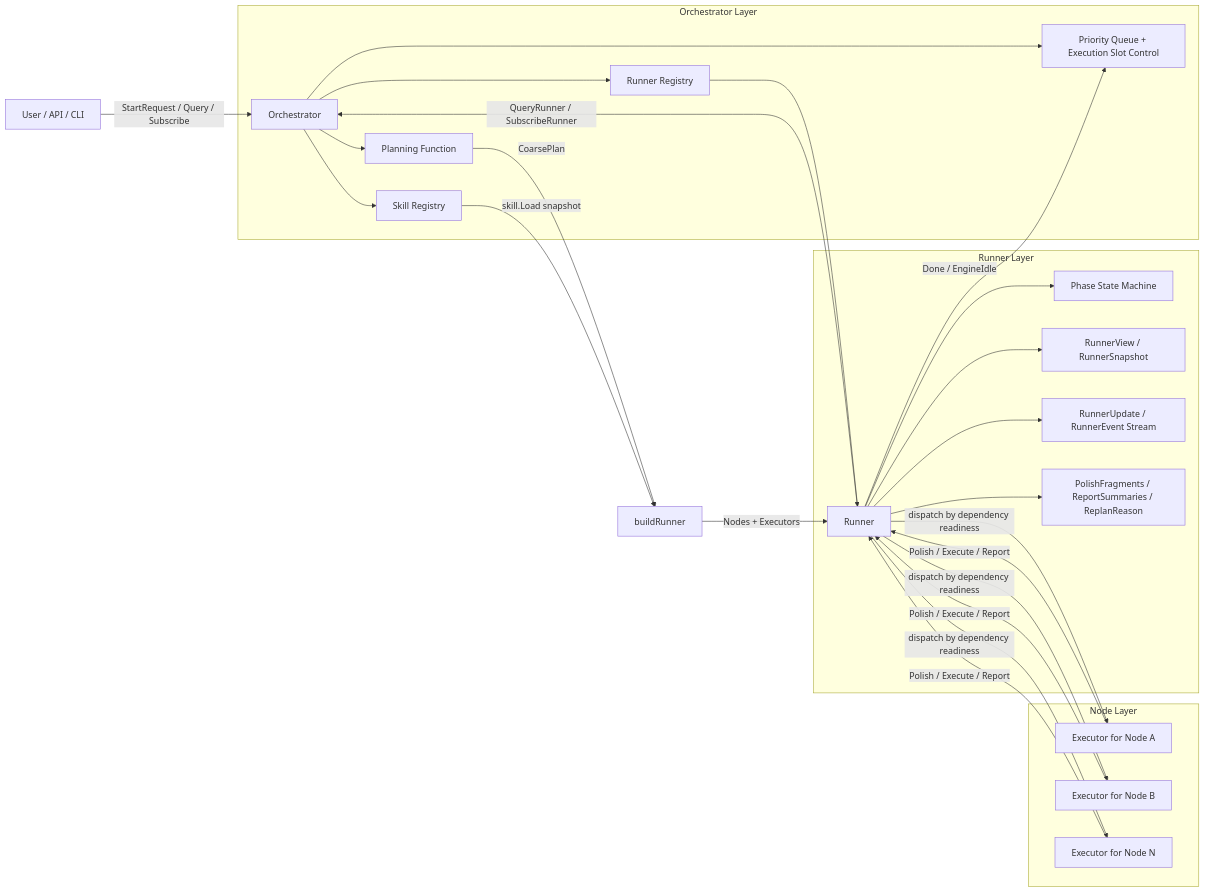
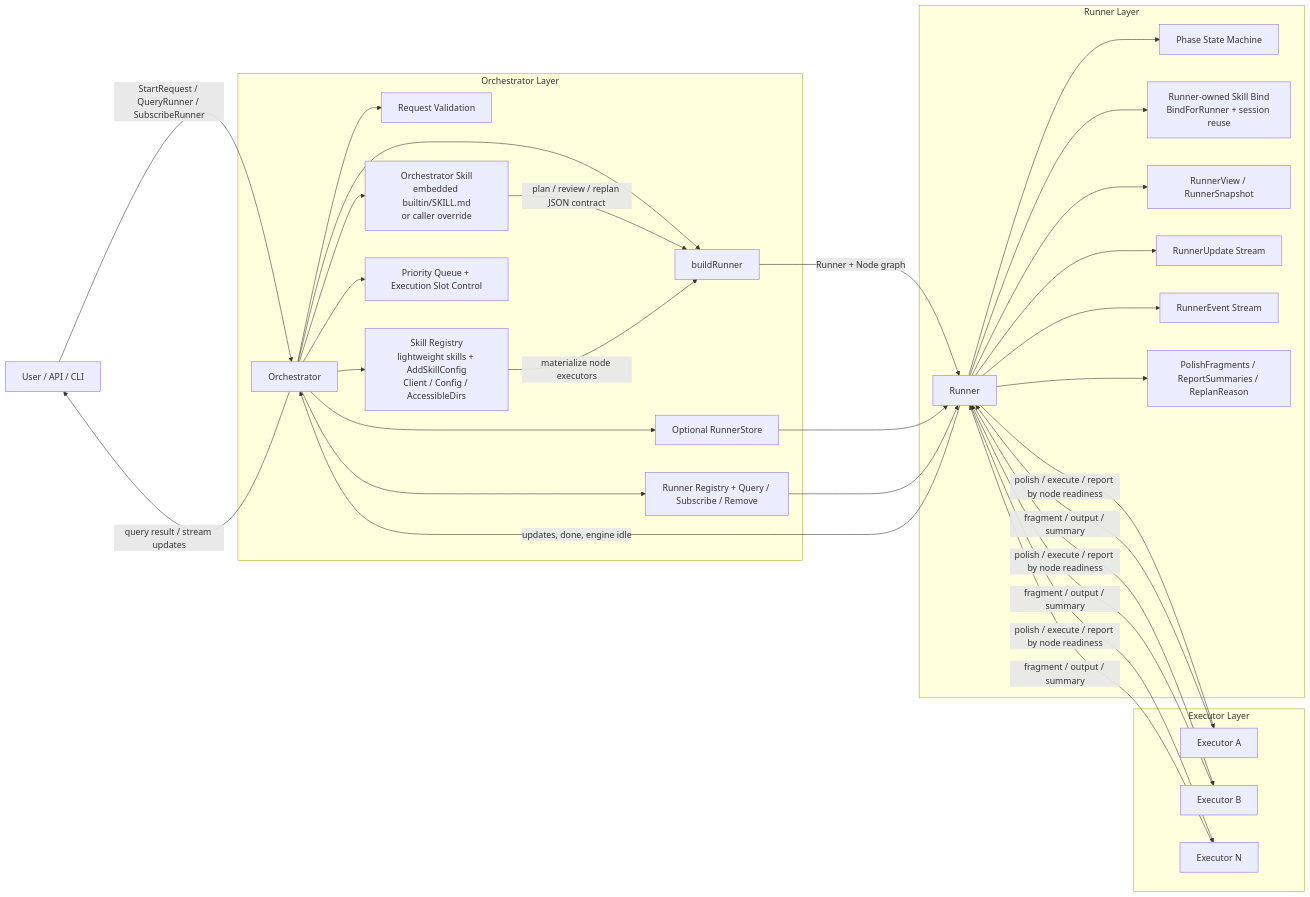
One commit to TsumiNa/dango changed the first of 2 diagrams in architecture.md. Above: the diagram before and after it, drawn with Mermaid. The commit also changed other lines of this file and 91 other files, not shown here.

First line of the commit message:
Refactor orchestrator skill registration and runner binding (#22)

````diff
--- a/architecture.md
+++ b/architecture.md
@@ -17,40 +27,46 @@
 ```mermaid
 flowchart LR
-	User[User / API / CLI] -->|StartRequest / Query / Subscribe| O[Orchestrator]
+	User[User / API / CLI] -->|StartRequest / QueryRunner / SubscribeRunner| O[Orchestrator]
 
 	subgraph Orchestrator Layer
-		O --> SK[Skill Registry]
-		O --> PF[Planning Function]
+		O --> REQ[Request Validation]
+		O --> OS[Orchestrator Skill\nembedded builtin/SKILL.md\nor caller override]
+		O --> SK[Skill Registry\nlightweight skills + AddSkillConfig\nClient / Config / AccessibleDirs]
+		O --> BR[buildRunner]
 		O --> Q[Priority Queue + Execution Slot Control]
-		O --> RM[Runner Registry]
+		O --> RM[Runner Registry + Query / Subscribe / Remove]
+		O --> RS[Optional RunnerStore]
 	end
 
-	PF -->|CoarsePlan| BR[buildRunner]
-	SK -->|skill.Load snapshot| BR
-	BR -->|Nodes + Executors| R[Runner]
+	OS -->|plan / review / replan JSON contract| BR
+	SK -->|materialize node executors| BR
+	BR -->|Runner + Node graph| R[Runner]
+	RS --> R
 	RM --> R
 
 	subgraph Runner Layer
 		R --> PH[Phase State Machine]
-		R --> SNAP[RunnerView / RunnerSnapshot]
-		R --> EVT[RunnerUpdate / RunnerEvent Stream]
+		R --> BIND[Runner-owned Skill Bind\nBindForRunner + session reuse]
+		R --> VIEW[RunnerView / RunnerSnapshot]
+		R --> UPD[RunnerUpdate Stream]
+		R --> EVT[RunnerEvent Stream]
 		R --> LIFE[PolishFragments / ReportSummaries / ReplanReason]
 	end
 
-	subgraph Node Layer
-		EX1[Executor for Node A]
-		EX2[Executor for Node B]
-		EX3[Executor for Node N]
+	subgraph Executor Layer
+		EX1[Executor A]
+		EX2[Executor B]
+		EXN[Executor N]
 	end
 
-	R -->|dispatch by dependency readiness| EX1
-	R -->|dispatch by dependency readiness| EX2
-	R -->|dispatch by dependency readiness| EX3
+	R -->|polish / execute / report by node readiness| EX1
+	R -->|polish / execute / report by node readiness| EX2
+	R -->|polish / execute / report by node readiness| EXN
 
-	EX1 -->|Polish / Execute / Report| R
-	EX2 -->|Polish / Execute / Report| R
-	EX3 -->|Polish / Execute / Report| R
+	EX1 -->|fragment / output / summary| R
+	EX2 -->|fragment / output / summary| R
+	EXN -->|fragment / output / summary| R
 
-	R -->|QueryRunner / SubscribeRunner| O
-	R -->|Done / EngineIdle| Q
+	R -->|updates, done, engine idle| O
+	O -->|query result / stream updates| User
 ```
````
